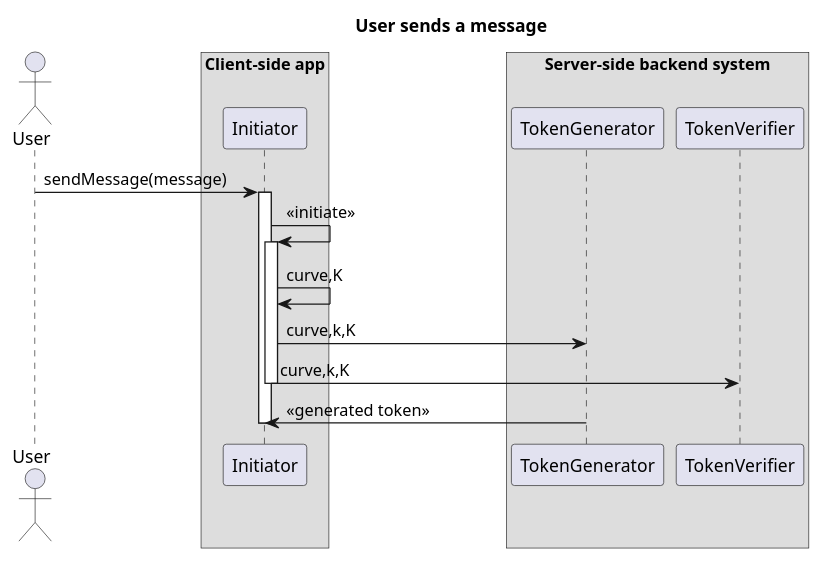
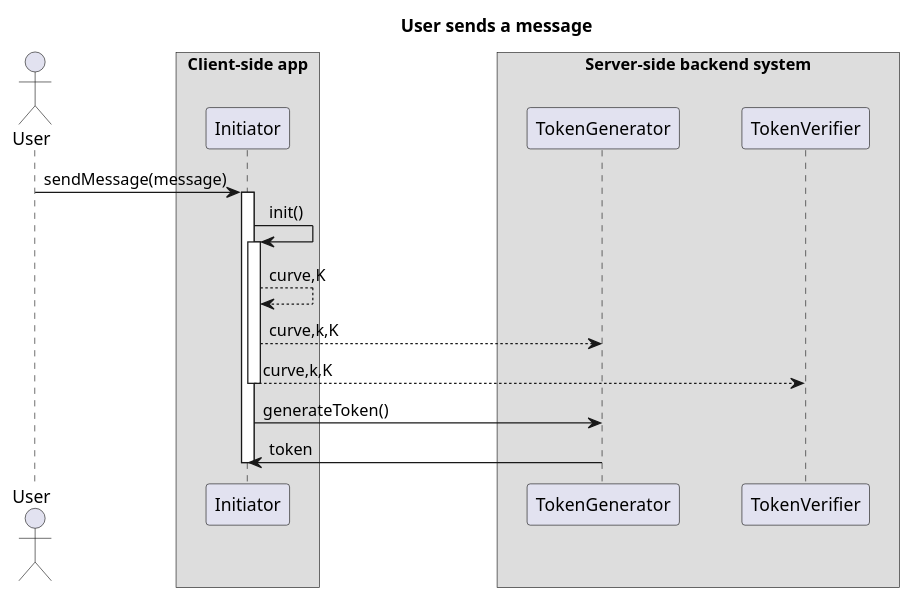
The diagram in docs/diagrams/UserSendsMessage_sequencediagram.plantuml (HenrikWM/anonymous-tokens), drawn with PlantUML before and after one commit. The commit also changed 7 other files, not shown here.

```diff
--- a/docs/diagrams/UserSendsMessage_sequencediagram.plantuml
+++ b/docs/diagrams/UserSendsMessage_sequencediagram.plantuml
@@ -1,31 +1,33 @@
 @startuml
 skinparam BoxPadding 70
+skinparam ParticipantPadding 20
 
 title User sends a message
 actor User
 
 
 box "Client-side app"
 participant Initiator
 end box
 
 box "Server-side backend system"
 
 participant TokenGenerator
 participant TokenVerifier
 end box
 
 User->Initiator: sendMessage(message)
 activate Initiator
-Initiator->Initiator: << initiate >>
+Initiator->Initiator: init()
 activate Initiator
-Initiator->Initiator: curve,K
-Initiator->TokenGenerator: curve,k,K
-Initiator->TokenVerifier: curve,k,K
+Initiator-->Initiator: curve,K
+Initiator-->TokenGenerator: curve,k,K
+Initiator-->TokenVerifier: curve,k,K
 
 deactivate Initiator
 
-TokenGenerator->Initiator: << generated token >>
+Initiator->TokenGenerator: generateToken()
+TokenGenerator->Initiator: token
 
 deactivate Initiator
 @enduml
```
